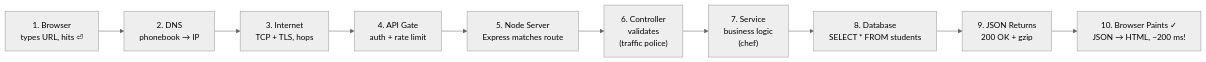
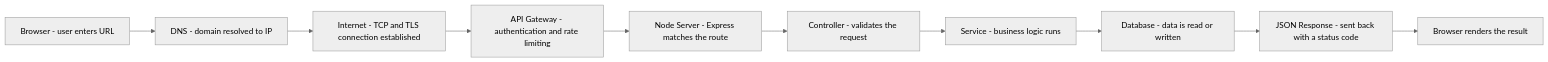
Before and after one commit to Unishkabisht/dev-learning-journal: the third of 4 diagrams in api/README.md, drawn with Mermaid (neutral theme). The commit also changed other lines of this file, not shown here.

````diff
--- a/api/README.md
+++ b/api/README.md
@@ -715,12 +583,12 @@
 ```mermaid
 flowchart LR
-    A["1. Browser<br/>types URL, hits ⏎"] --> B["2. DNS<br/>phonebook → IP"]
-    B --> C["3. Internet<br/>TCP + TLS, hops"]
-    C --> D["4. API Gate<br/>auth + rate limit"]
-    D --> E["5. Node Server<br/>Express matches route"]
-    E --> F["6. Controller<br/>validates<br/>(traffic police)"]
-    F --> G["7. Service<br/>business logic<br/>(chef)"]
-    G --> H["8. Database<br/>SELECT * FROM students"]
-    H --> I["9. JSON Returns<br/>200 OK + gzip"]
-    I --> J["10. Browser Paints ✓<br/>JSON → HTML, ~200 ms!"]
+    A[Browser - user enters URL] --> B[DNS - domain resolved to IP]
+    B --> C[Internet - TCP and TLS connection established]
+    C --> D[API Gateway - authentication and rate limiting]
+    D --> E[Node Server - Express matches the route]
+    E --> F[Controller - validates the request]
+    F --> G[Service - business logic runs]
+    G --> H[Database - data is read or written]
+    H --> I[JSON Response - sent back with a status code]
+    I --> J[Browser renders the result]
 ```
````
